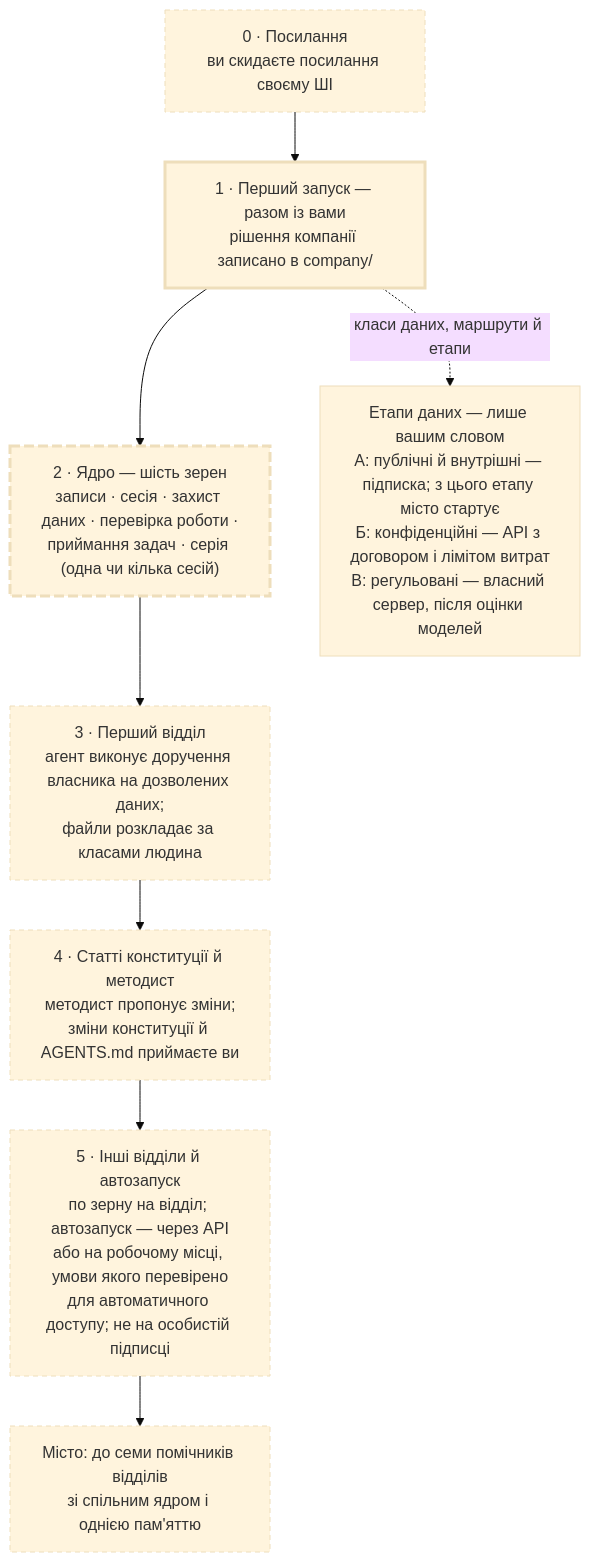
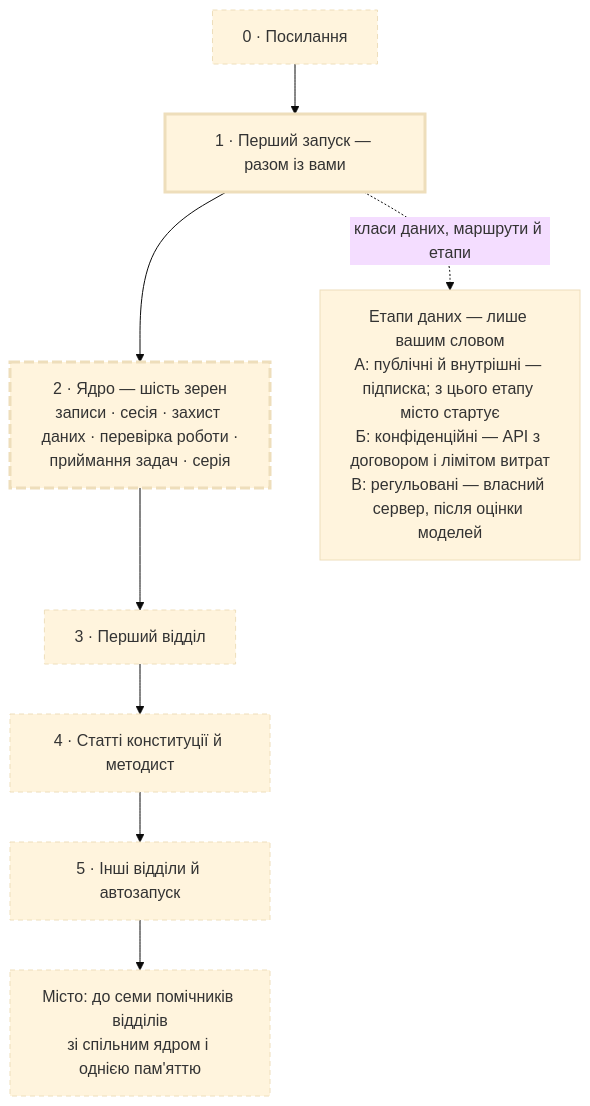
Before and after one commit to automician/seeds-for-company-agents-uk: the diagram in README.md, drawn with Mermaid (base theme). The commit also changed other lines of this file and 12 other files, not shown here.

````diff
--- a/README.md
+++ b/README.md
@@ -53,19 +53,19 @@
 ```mermaid
 flowchart TD
-  S0["0 · Посилання<br/>ви скидаєте посилання своєму ШІ"]
-  S1["1 · Перший запуск — разом із вами<br/>рішення компанії записано в company/"]
-  S2["2 · Ядро — шість зерен<br/>записи · сесія · захист даних · перевірка роботи ·<br/>приймання задач · серія (одна чи кілька сесій)"]
-  S3["3 · Перший відділ<br/>агент виконує доручення власника на дозволених даних;<br/>файли розкладає за класами людина"]
-  S4["4 · Статті конституції й методист<br/>методист пропонує зміни;<br/>зміни конституції й AGENTS.md приймаєте ви"]
-  S5["5 · Інші відділи й автозапуск<br/>по зерну на відділ; автозапуск — через API<br/>або на робочому місці, умови якого перевірено<br/>для автоматичного доступу; не на особистій підписці"]
+  S0["0 · Посилання"]
+  S1["1 · Перший запуск — разом із вами"]
+  S2["2 · Ядро — шість зерен<br/>записи · сесія · захист даних · перевірка роботи ·<br/>приймання задач · серія"]
+  S3["3 · Перший відділ"]
+  S4["4 · Статті конституції й методист"]
+  S5["5 · Інші відділи й автозапуск"]
   C["Місто: до семи помічників відділів<br/>зі спільним ядром і однією пам'яттю"]
   D["Етапи даних — лише вашим словом<br/>А: публічні й внутрішні — підписка; з цього етапу місто стартує<br/>Б: конфіденційні — API з договором і лімітом витрат<br/>В: регульовані — власний сервер, після оцінки моделей"]
   S0 --> S1 --> S2 --> S3 --> S4 --> S5 --> C
   S1 -.->|"класи даних, маршрути й етапи"| D
   classDef checked stroke-width:3px
   classDef partial stroke-width:3px,stroke-dasharray:10 4
   classDef unchecked stroke-dasharray:5 4
   class S1 checked
   class S2 partial
   class S0,S3,S4,S5,C unchecked
 ```
````
